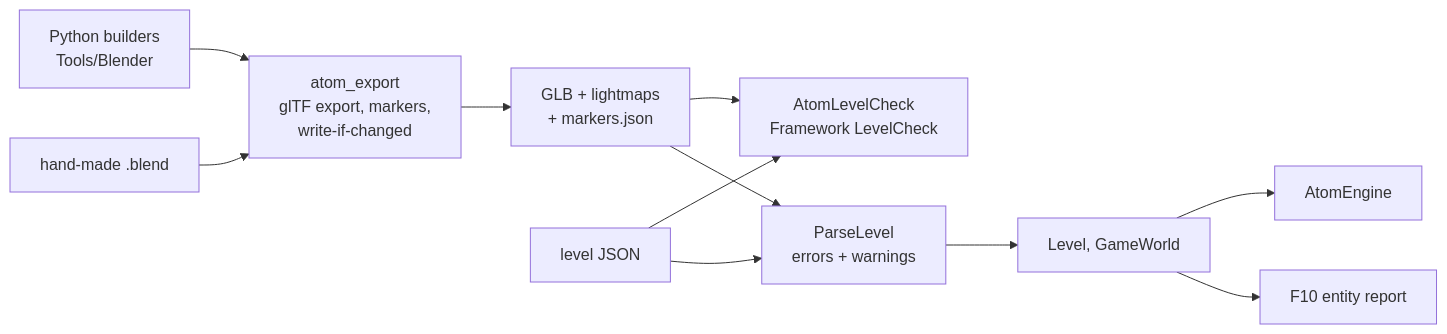
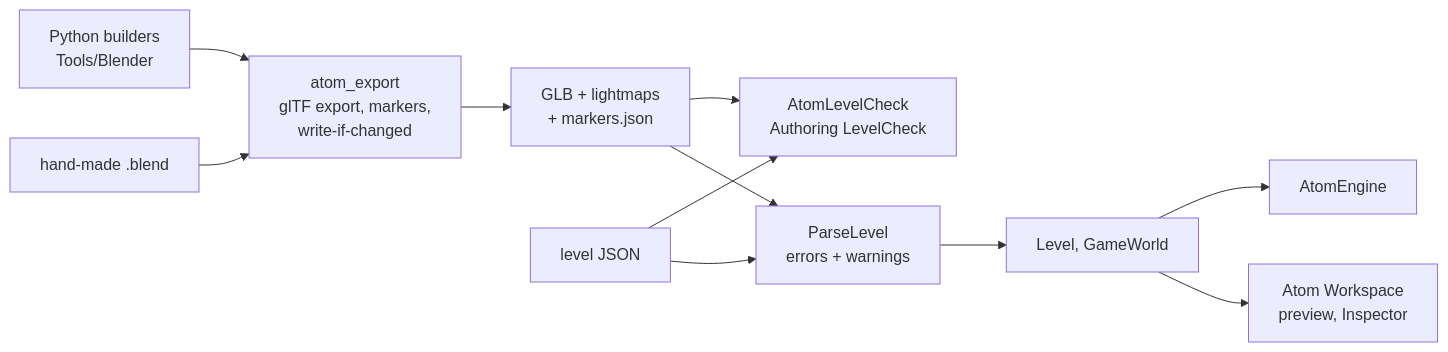
The fifth of 7 diagrams in docs/Architecture.md (fgdoliveira/AtomEngine), drawn with Mermaid before and after one commit. The commit also changed other lines of this file and 93 other files, not shown here.

First line of the commit message:
Atom workspace - v0.0.19 (#26)

````diff
--- a/docs/Architecture.md
+++ b/docs/Architecture.md
@@ -248,13 +291,13 @@
 ```mermaid
 graph LR
     Py[Python builders<br/>Tools/Blender] --> Export[atom_export<br/>glTF export, markers,<br/>write-if-changed]
     Blend[hand-made .blend] --> Export
     Export --> Out[GLB + lightmaps<br/>+ markers.json]
-    Json[level JSON] --> Check[AtomLevelCheck<br/>Framework LevelCheck]
+    Json[level JSON] --> Check[AtomLevelCheck<br/>Authoring LevelCheck]
     Out --> Check
     Out --> Parse[ParseLevel<br/>errors + warnings]
     Json --> Parse
     Parse --> Level[Level, GameWorld]
     Level --> Engine[AtomEngine]
-    Level --> F10[F10 entity report]
+    Level --> Workspace[Atom Workspace<br/>preview, Inspector]
 ```
````
